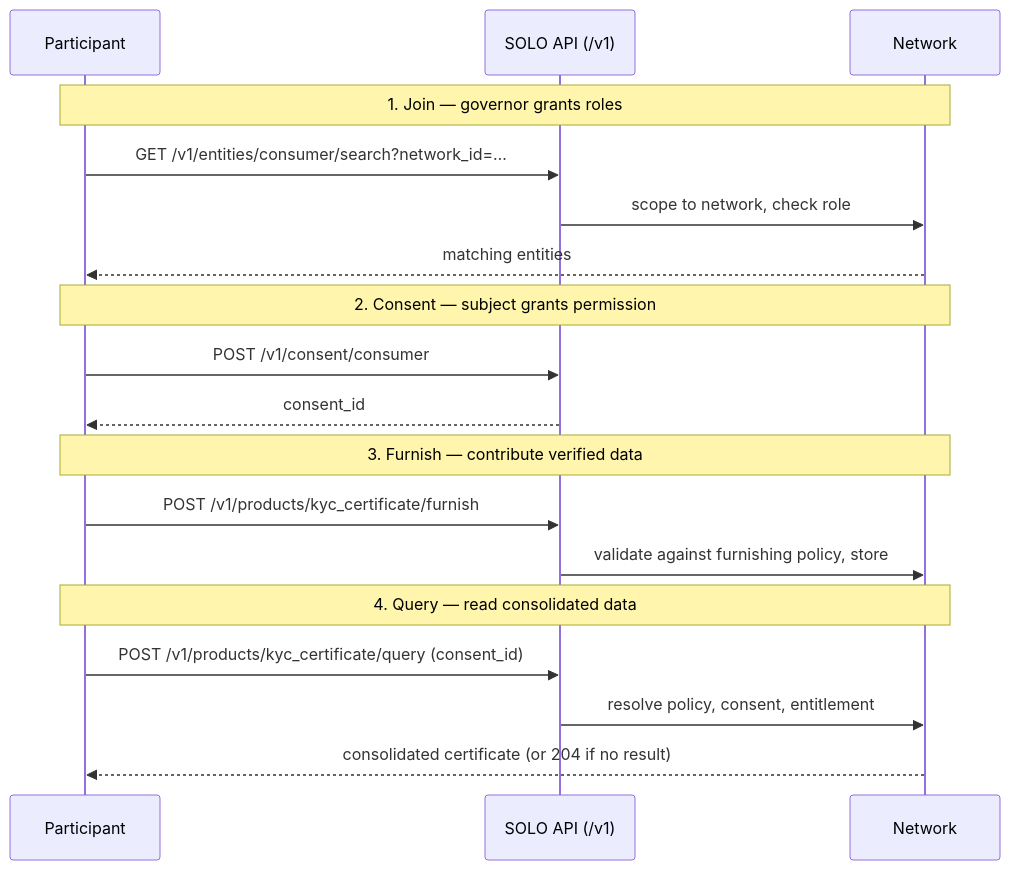
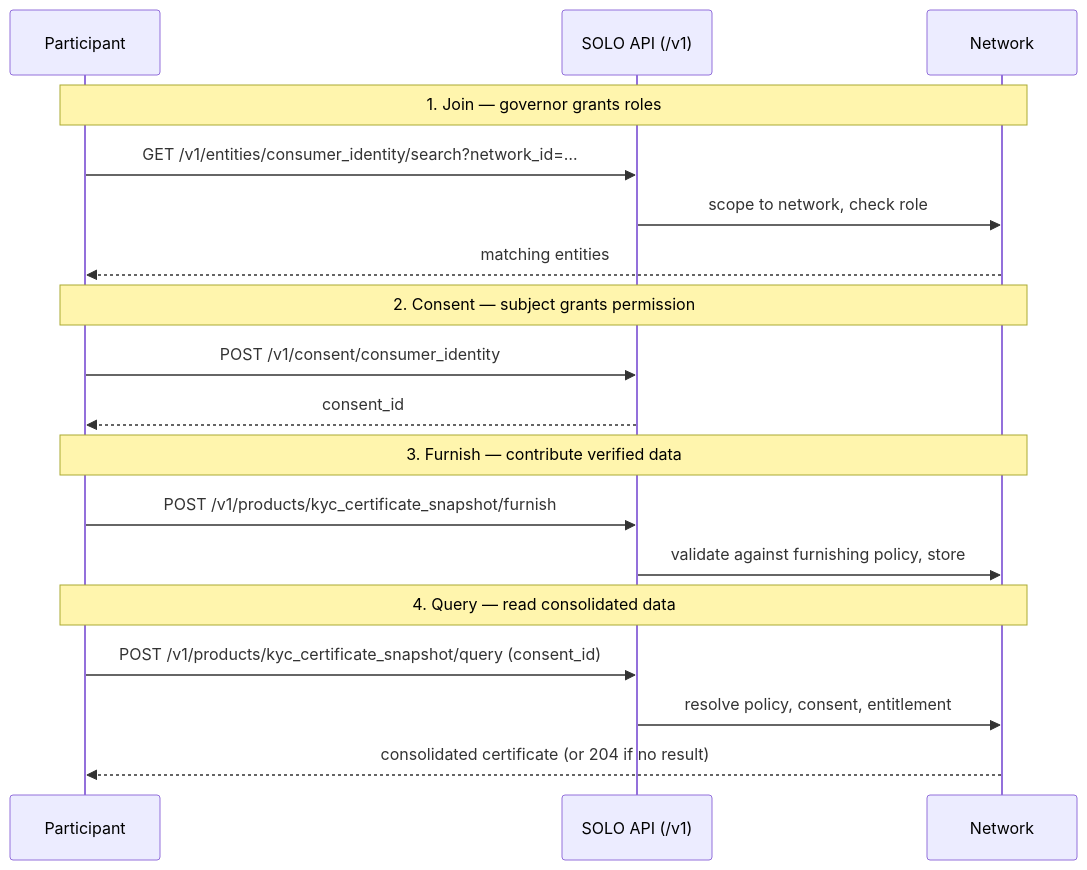
Before and after one commit to solo-finance/docs: the diagram in home/overview.mdx, drawn with Mermaid. The commit also changed other lines of this file and 144 other files, not shown here.

````diff
--- a/home/overview.mdx
+++ b/home/overview.mdx
@@ -116,24 +116,24 @@
 ```mermaid
 sequenceDiagram
     participant P as Participant
     participant API as SOLO API (/v1)
     participant N as Network
 
     Note over P,N: 1. Join — governor grants roles
-    P->>API: GET /v1/entities/consumer/search?network_id=…
+    P->>API: GET /v1/entities/consumer_identity/search?network_id=…
     API->>N: scope to network, check role
     N-->>P: matching entities
 
     Note over P,N: 2. Consent — subject grants permission
-    P->>API: POST /v1/consent/consumer
+    P->>API: POST /v1/consent/consumer_identity
     API-->>P: consent_id
 
     Note over P,N: 3. Furnish — contribute verified data
-    P->>API: POST /v1/products/kyc_certificate/furnish
+    P->>API: POST /v1/products/kyc_certificate_snapshot/furnish
     API->>N: validate against furnishing policy, store
 
     Note over P,N: 4. Query — read consolidated data
-    P->>API: POST /v1/products/kyc_certificate/query (consent_id)
+    P->>API: POST /v1/products/kyc_certificate_snapshot/query (consent_id)
     API->>N: resolve policy, consent, entitlement
     N-->>P: consolidated certificate (or 204 if no result)
 ```
````
